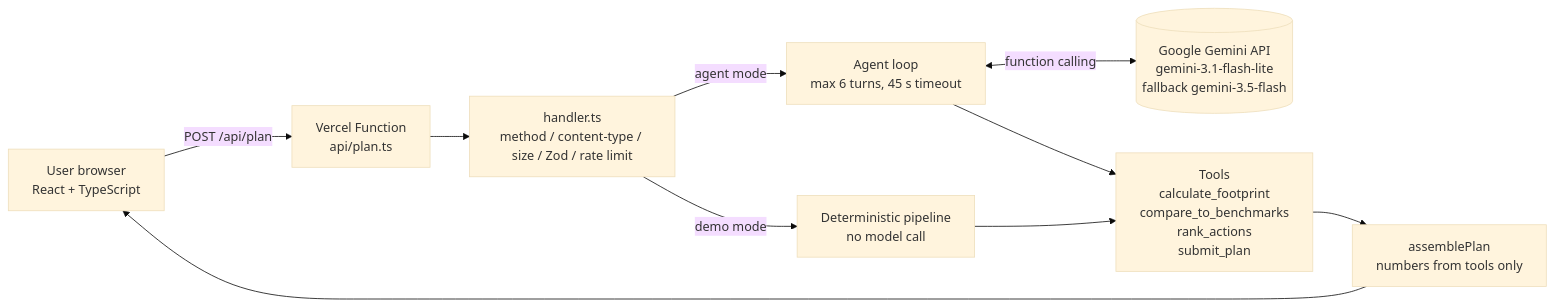
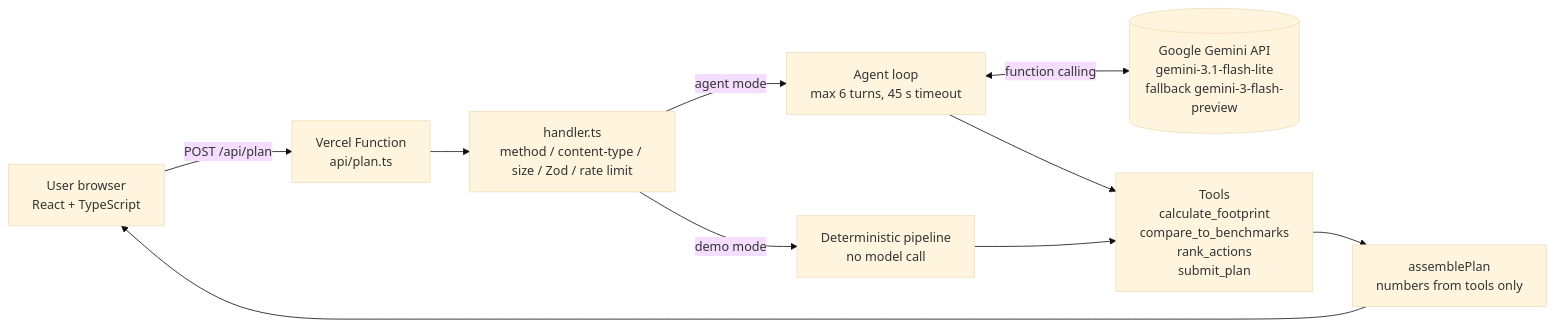
One commit to chinmaymeshram1-wq/promptwar changed the diagram in README.md. Above: the diagram before and after it, drawn with Mermaid (base theme). The commit also changed other lines of this file and 16 other files, not shown here.

````diff
--- a/README.md
+++ b/README.md
@@ -77,12 +77,12 @@
 ```mermaid
 flowchart LR
     U[User browser<br/>React + TypeScript] -- POST /api/plan --> F[Vercel Function<br/>api/plan.ts]
     F --> H[handler.ts<br/>method / content-type / size / Zod / rate limit]
     H -- demo mode --> D[Deterministic pipeline<br/>no model call]
     H -- agent mode --> A[Agent loop<br/>max 6 turns, 45 s timeout]
-    A <-- function calling --> G[(Google Gemini API<br/>gemini-3.1-flash-lite<br/>fallback gemini-3.5-flash)]
+    A <-- function calling --> G[(Google Gemini API<br/>gemini-3.1-flash-lite<br/>fallback gemini-3-flash-preview)]
     A --> T[Tools<br/>calculate_footprint<br/>compare_to_benchmarks<br/>rank_actions<br/>submit_plan]
     D --> T
     T --> P[assemblePlan<br/>numbers from tools only]
     P --> U
 ```
````
